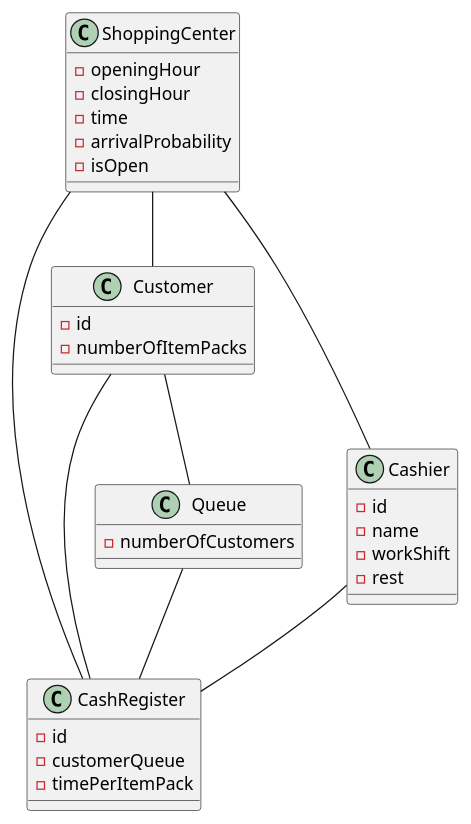
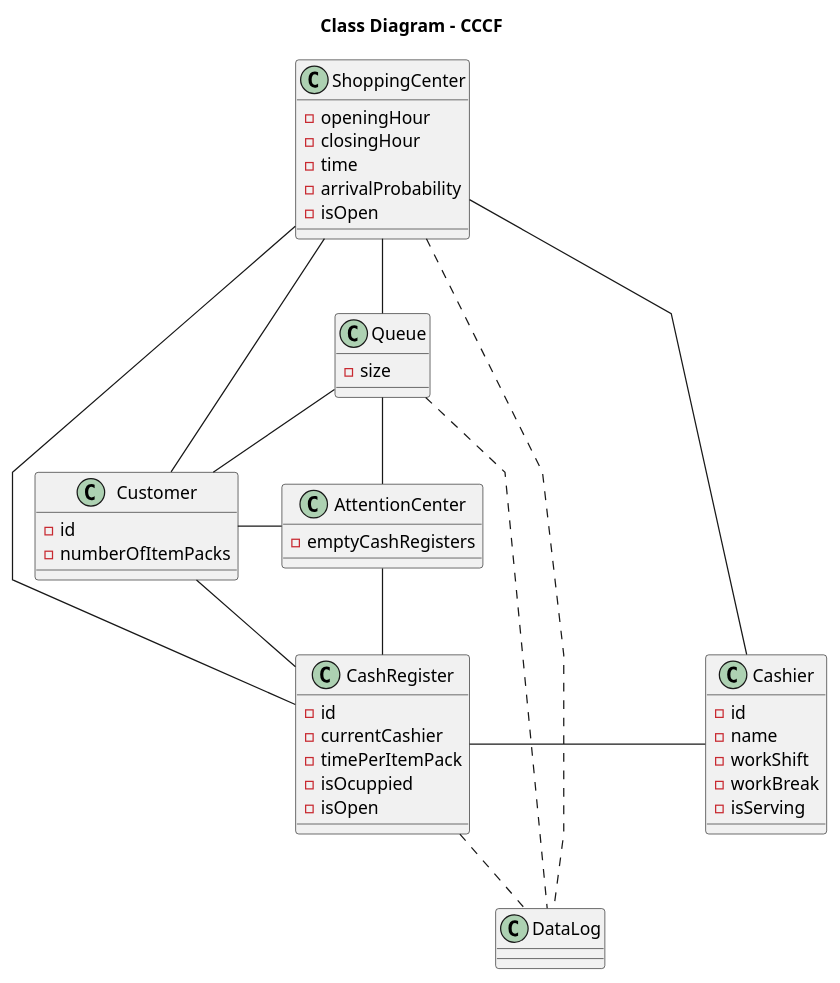
One commit to mmasias/23-24-IdSw2-SDD changed the diagram in modelosUML/diagramaClasesRelacionadas.puml. Above: the diagram before and after it, drawn with PlantUML. The commit also changed 2 other files, not shown here.

Commit message:
diagrama de clases

```diff
--- a/modelosUML/diagramaClasesRelacionadas.puml
+++ b/modelosUML/diagramaClasesRelacionadas.puml
@@ -1,45 +1,68 @@
 @startuml
+
+skinparam linetype polyline
+
+title Class Diagram - CCCF
 
 class ShoppingCenter {
     - openingHour
     - closingHour
     - time
     - arrivalProbability
     - isOpen
 }
 
+class AttentionCenter{
+    - emptyCashRegisters
+}
+
 class CashRegister {
     - id
-    - customerQueue
+    - currentCashier
     - timePerItemPack
+    - isOcuppied
+    - isOpen
 }
 
 class Customer {
     - id
     - numberOfItemPacks
 }
 
 class Queue {
-    - numberOfCustomers
+    - size
 }
 
 class Cashier {
     - id
     - name
     - workShift
-    - rest
+    - workBreak
+    - isServing
+}
+
+class DataLog{
+
 }
 
 
-ShoppingCenter -- CashRegister
+ShoppingCenter -- Queue
 ShoppingCenter -- Customer
 ShoppingCenter -- Cashier
+ShoppingCenter -- CashRegister
 
-Cashier -- CashRegister
+Queue -- AttentionCenter
+Queue --  Customer
 
-Customer -- Queue
+AttentionCenter -left- Customer
+AttentionCenter -- CashRegister
 
-Queue -- CashRegister
-Customer -- CashRegister
+CashRegister -right- Cashier
+
+CashRegister -- Customer
+
+ShoppingCenter .. DataLog
+Queue .. DataLog
+CashRegister .. DataLog
 
 @enduml
```
